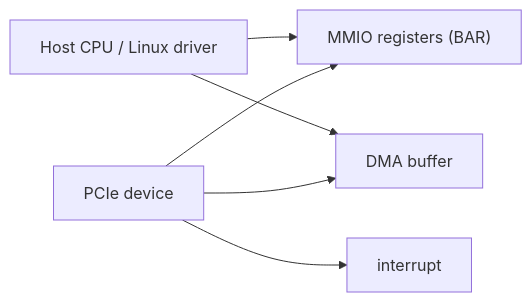
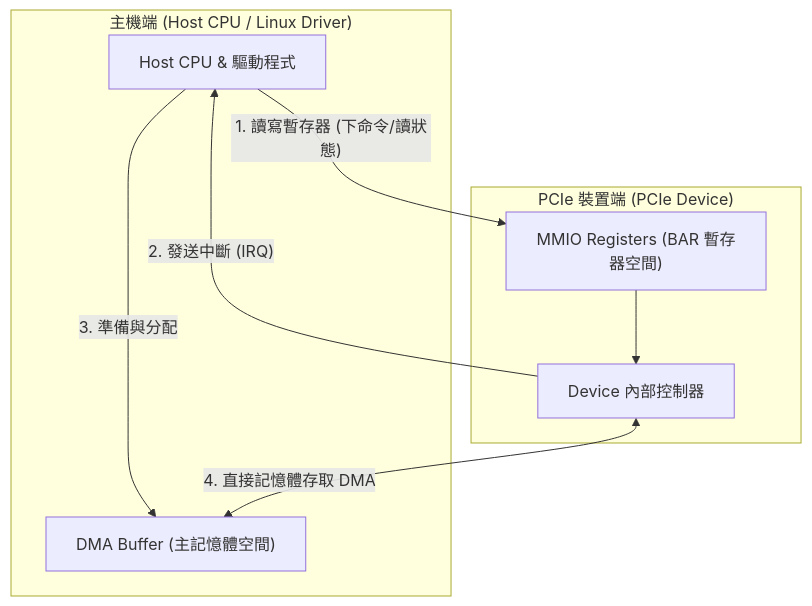
The first of 2 diagrams in docs/concepts/pcie-primer.md (chilung-cgu/driver-lab), drawn with Mermaid before and after one commit. The commit also changed other lines of this file, not shown here.

Commit message:
docs(concepts): 優化 PCIe 前導指南圖表與修復 markdown 連結渲染 Bug

````diff
--- a/docs/concepts/pcie-primer.md
+++ b/docs/concepts/pcie-primer.md
@@ -23,8 +25,23 @@
 ```mermaid
-flowchart LR
-    H["Host CPU / Linux driver"] --> R["MMIO registers (BAR)"]
-    D["PCIe device"] --> R
-    D --> I["interrupt"]
-    H --> B["DMA buffer"]
-    D --> B
+flowchart TD
+    subgraph Host ["主機端 (Host CPU / Linux Driver)"]
+        H["Host CPU & 驅動程式"]
+        B["DMA Buffer (主記憶體空間)"]
+    end
+
+    subgraph Device ["PCIe 裝置端 (PCIe Device)"]
+        R["MMIO Registers (BAR 暫存器空間)"]
+        D["Device 內部控制器"]
+    end
+
+    %% 核心互動 1：MMIO 控制
+    H -- "1. 讀寫暫存器 (下命令/讀狀態)" --> R
+    R --> D
+
+    %% 核心互動 2：中斷通知
+    D -- "2. 發送中斷 (IRQ)" --> H
+
+    %% 核心互動 3：DMA 數據傳輸
+    H -- "3. 準備與分配" --> B
+    D <-->|4. 直接記憶體存取 DMA| B
 ```
````
